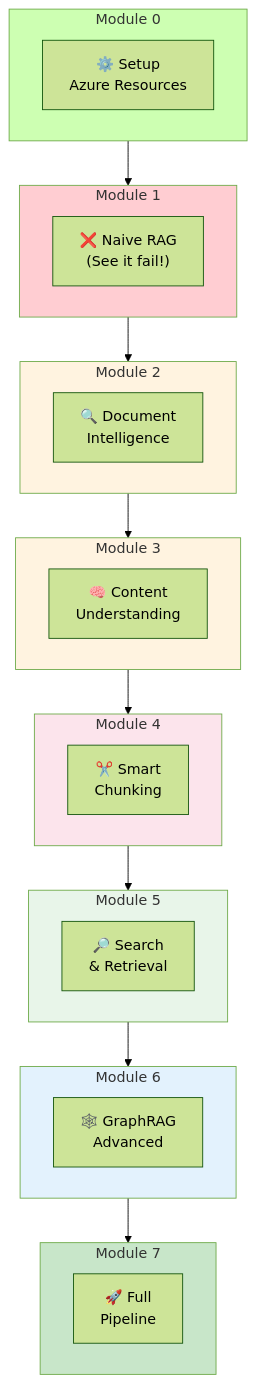
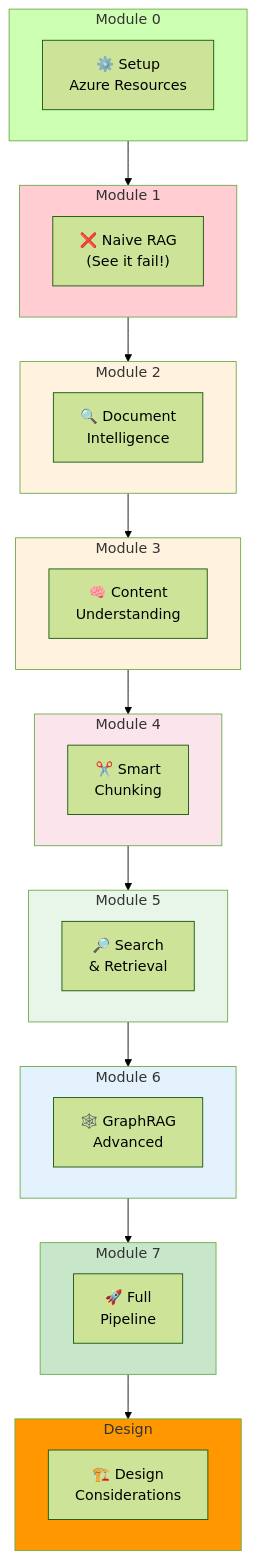
The third of 3 diagrams in README.md (roie9876/RAG-WorkShop), drawn with Mermaid (forest theme) before and after one commit. The commit also changed other lines of this file and 3 other files, not shown here.

Commit message:
feat: add RAG Design Considerations module - architect's checklist with 12 design sections and RAG Design Canvas

````diff
--- a/README.md
+++ b/README.md
@@ -125,44 +125,49 @@
 ```mermaid
 flowchart TB
     subgraph M0["Module 0"]
         S0["⚙️ Setup<br/>Azure Resources"]
     end
     
     subgraph M1["Module 1"]
         S1["❌ Naive RAG<br/>(See it fail!)"]
     end
     
     subgraph M2["Module 2"]
         S2["🔍 Document<br/>Intelligence"]
     end
     
     subgraph M3["Module 3"]
         S3["🧠 Content<br/>Understanding"]
     end
     
     subgraph M4["Module 4"]
         S4["✂️ Smart<br/>Chunking"]
     end
     
     subgraph M5["Module 5"]
         S5["🔎 Search<br/>& Retrieval"]
     end
     
     subgraph M6["Module 6"]
         S6["🕸️ GraphRAG<br/>Advanced"]
     end
     
     subgraph M7["Module 7"]
         S7["🚀 Full<br/>Pipeline"]
     end
     
-    M0 --> M1 --> M2 --> M3 --> M4 --> M5 --> M6 --> M7
+    subgraph MD["Design"]
+        SD["🏗️ Design<br/>Considerations"]
+    end
+    
+    M0 --> M1 --> M2 --> M3 --> M4 --> M5 --> M6 --> M7 --> MD
     
     style M1 fill:#ffcdd2
     style M2 fill:#fff3e0
     style M3 fill:#fff3e0
     style M4 fill:#fce4ec
     style M5 fill:#e8f5e9
     style M6 fill:#e3f2fd
     style M7 fill:#c8e6c9
+    style MD fill:#ff9800
 ```
````
